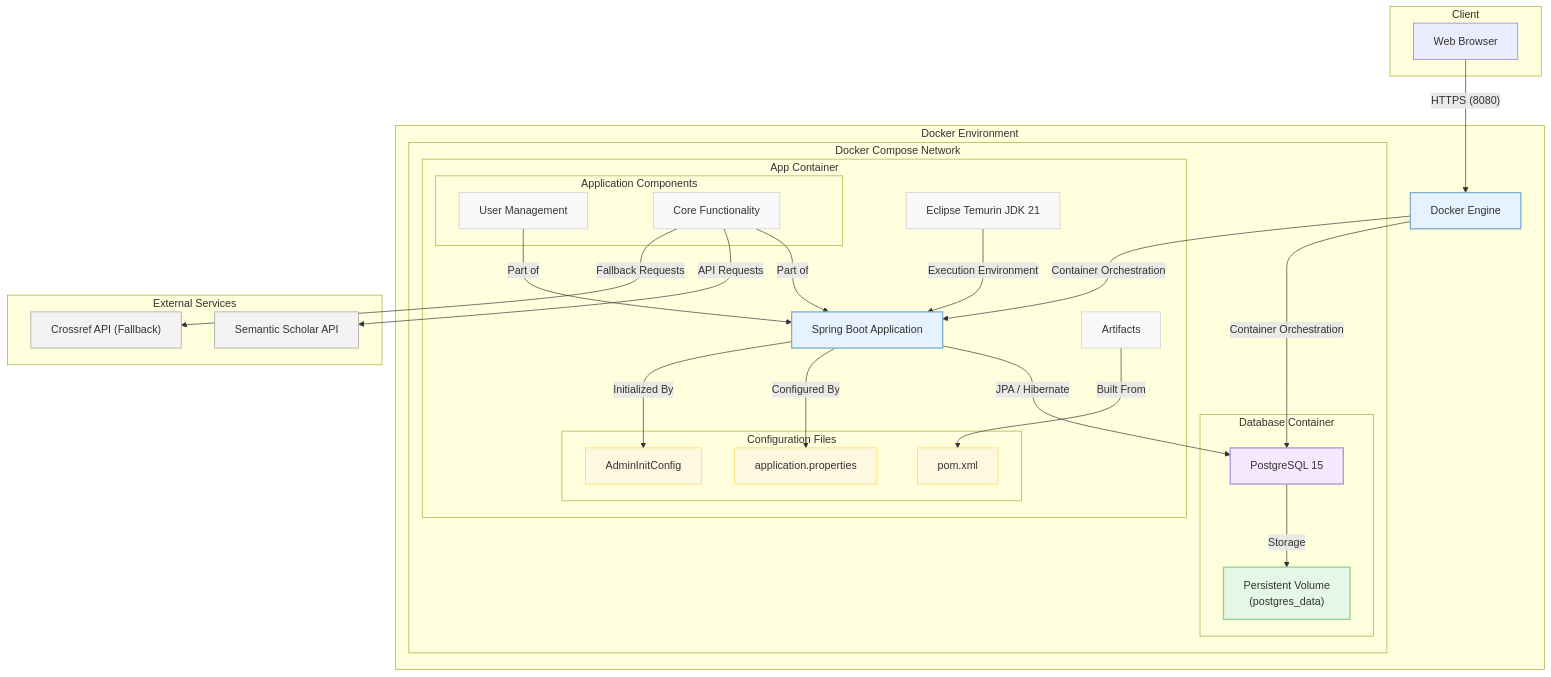
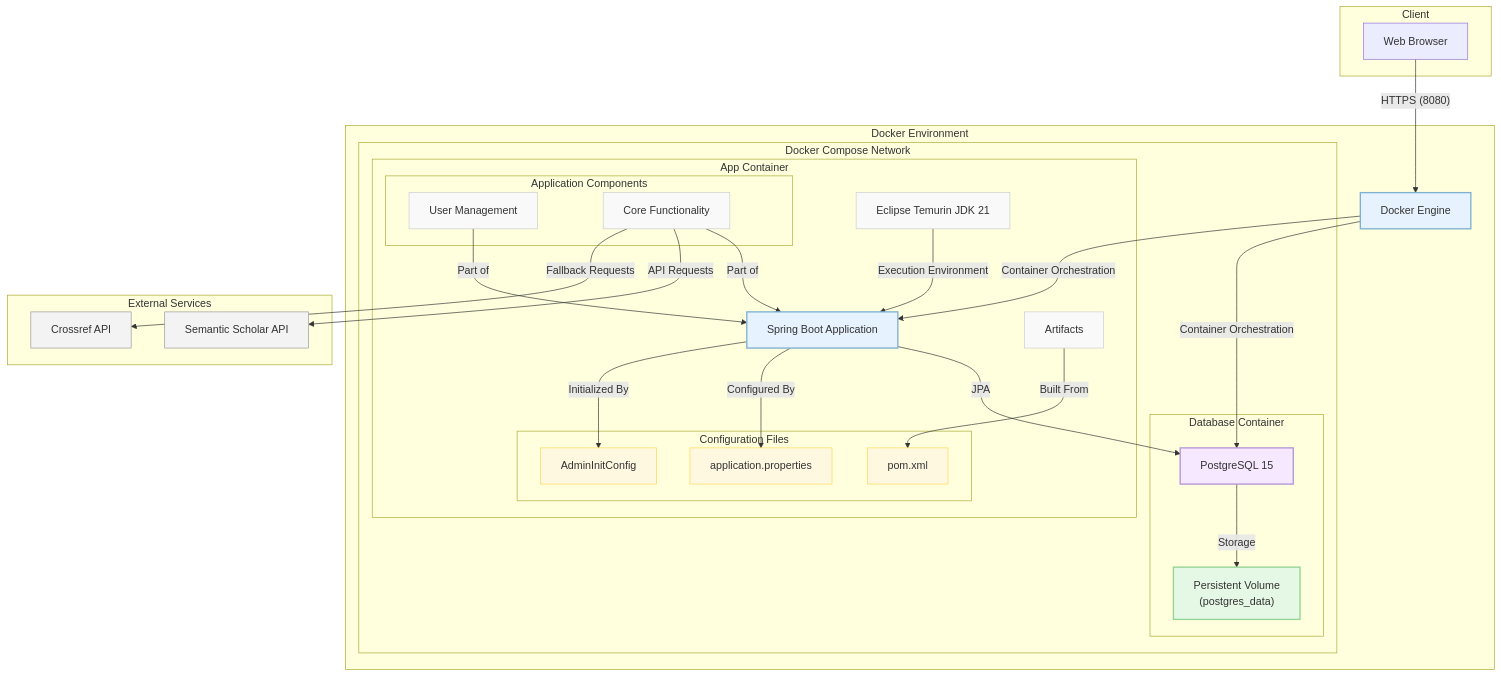
One commit to AxlAleT/loginDemo changed the diagram in Individual/diagrams/deploymentDiagram.mmd. Above: the diagram before and after it, drawn with Mermaid. The commit also changed 79 other files, not shown here.

```diff
--- a/Individual/diagrams/deploymentDiagram.mmd
+++ b/Individual/diagrams/deploymentDiagram.mmd
@@ -1,71 +1,71 @@
 flowchart TB
     subgraph "Client"
         browser["Web Browser"]
     end
 
     subgraph "Docker Environment"
         docker["Docker Engine"]
         
         subgraph "Docker Compose Network"
             subgraph "App Container"
                 jdk["Eclipse Temurin JDK 21"]
                 springapp["Spring Boot Application"]
                 artifacts["Artifacts"]
                 
                 subgraph "Application Components"
                     userMgmt["User Management"]
                     coreFunctions["Core Functionality"]
                 end
                 
                 subgraph "Configuration Files"
                     appProps["application.properties"]
                     adminInit["AdminInitConfig"]
                     pom["pom.xml"]
                 end
             end
             
             subgraph "Database Container"
                 postgres["PostgreSQL 15"]
                 pgdata["Persistent Volume\n(postgres_data)"]
             end
         end
     end
 
     subgraph "External Services"
         scholar["Semantic Scholar API"]
-        crossref["Crossref API (Fallback)"]
+        crossref["Crossref API"]
     end
     
     %% Connections
     browser -->|"HTTPS (8080)"|docker
     docker -->|"Container Orchestration"|springapp
     docker -->|"Container Orchestration"|postgres
     
     jdk -->|"Execution Environment"|springapp
     
-    springapp -->|"JPA / Hibernate"|postgres
+    springapp -->|"JPA"|postgres
     postgres -->|"Storage"|pgdata
     
     artifacts -->|"Built From"|pom
     springapp -->|"Configured By"|appProps
     springapp -->|"Initialized By"|adminInit
     
     userMgmt -->|"Part of"|springapp
     coreFunctions -->|"Part of"|springapp
     
     coreFunctions -->|"API Requests"|scholar
     coreFunctions -->|"Fallback Requests"|crossref
     
     classDef container fill:#e6f3ff,stroke:#7fb1d3,stroke-width:2px
     classDef component fill:#f9f9f9,stroke:#ccc,stroke-width:1px
     classDef database fill:#f5e8ff,stroke:#b794d8,stroke-width:2px
     classDef volume fill:#e5f8e5,stroke:#93d393,stroke-width:2px
     classDef file fill:#fff8e1,stroke:#ffd54f,stroke-width:1px
     classDef external fill:#f3f3f3,stroke:#999,stroke-width:1px
     
     class docker,springapp container
     class jdk,userMgmt,coreFunctions,artifacts component
     class postgres database
     class pgdata volume
     class appProps,adminInit,pom file
     class scholar,crossref external
```
